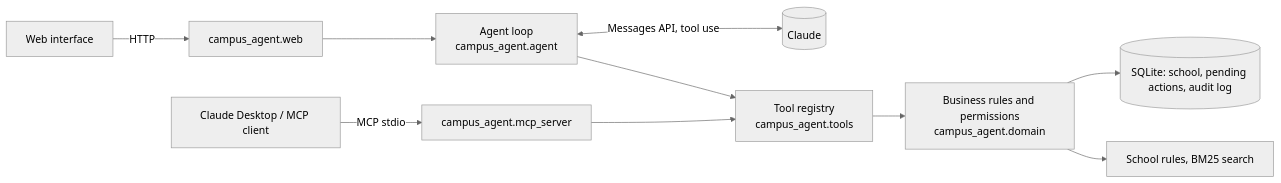
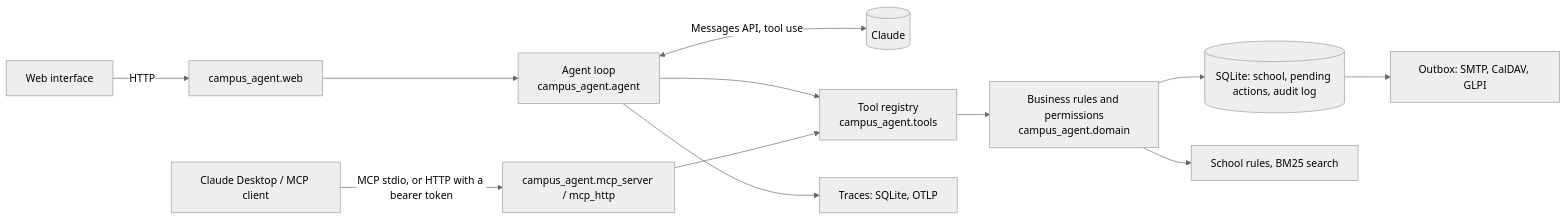
The first of 2 diagrams in README.md (charbel-dib/campus-agent), drawn with Mermaid (neutral theme) before and after one commit. The commit also changed other lines of this file and 36 other files, not shown here.

````diff
--- a/README.md
+++ b/README.md
@@ -96,12 +118,14 @@
 ```mermaid
 flowchart LR
     UI[Web interface] -->|HTTP| API[campus_agent.web]
-    CD[Claude Desktop / MCP client] -->|MCP stdio| MCP[campus_agent.mcp_server]
+    CD[Claude Desktop / MCP client] -->|MCP stdio, or HTTP with a bearer token| MCP[campus_agent.mcp_server / mcp_http]
     API --> AG[Agent loop<br/>campus_agent.agent]
     AG <-->|Messages API, tool use| CL[(Claude)]
     AG --> TR[Tool registry<br/>campus_agent.tools]
     MCP --> TR
     TR --> DOM[Business rules and permissions<br/>campus_agent.domain]
     DOM --> DB[(SQLite: school, pending actions, audit log)]
     DOM --> DOCS[School rules, BM25 search]
+    DB --> OUT[Outbox: SMTP, CalDAV, GLPI]
+    AG --> TEL[Traces: SQLite, OTLP]
 ```
````
